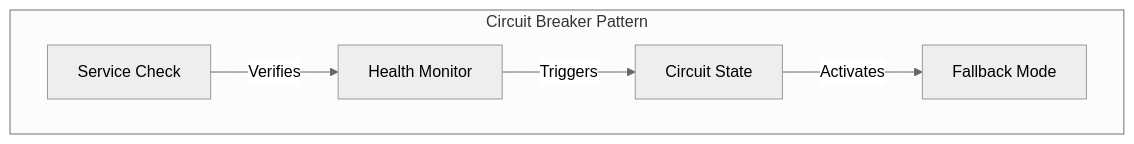
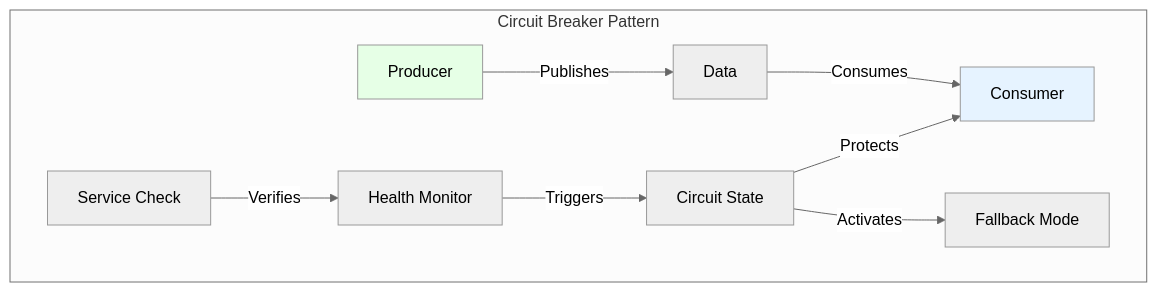
Before and after one commit to monmaya/pyb-data-contracts: the second of 4 diagrams in docs/en/articles/04-architecture-patterns.md, drawn with Mermaid (neutral theme). The commit also changed other lines of this file and 15 other files, not shown here.

````diff
--- a/docs/en/articles/04-architecture-patterns.md
+++ b/docs/en/articles/04-architecture-patterns.md
@@ -24,8 +44,16 @@
 ```mermaid
 graph TD
     subgraph "Circuit Breaker Pattern"
+        P[Producer] -->|Publishes| D[Data]
+        D -->|Consumes| C[Consumer]
         E[Service Check] -->|Verifies| F[Health Monitor]
         F -->|Triggers| G[Circuit State]
+        G -->|Protects| C
         G -->|Activates| H[Fallback Mode]
     end
+
+    classDef producer fill:#e6ffe6;
+    classDef consumer fill:#e6f3ff;
+    class P producer;
+    class C consumer;
 ```
````
